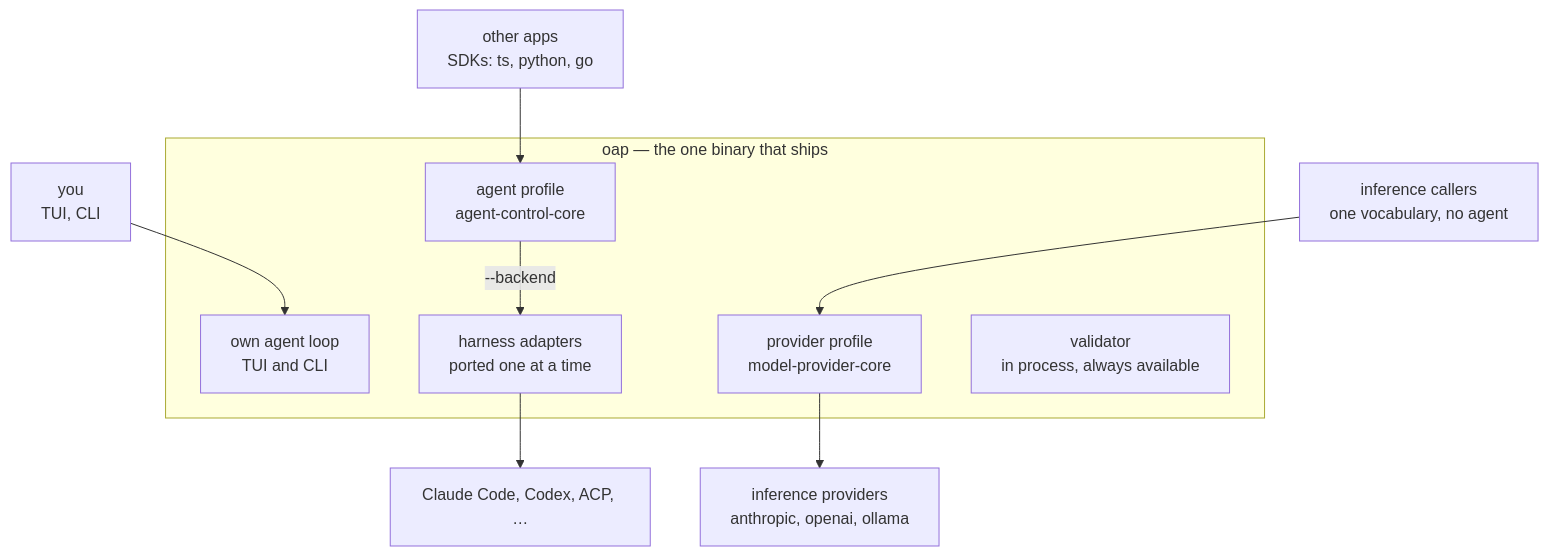
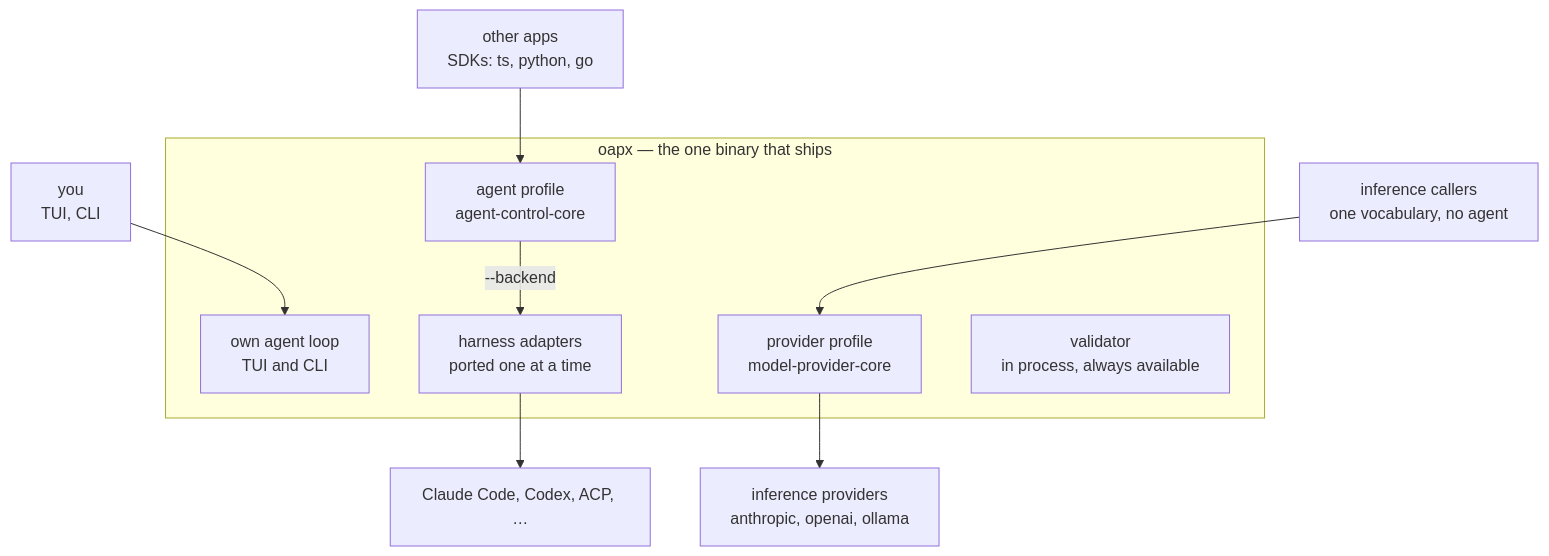
Before and after one commit to lsm/open-agent-protocol: the diagram in decisions/0019-one-binary.md, drawn with Mermaid. The commit also changed other lines of this file, not shown here.

First line of the commit message:
decisions: the unified binary is oapx

````diff
--- a/decisions/0019-one-binary.md
+++ b/decisions/0019-one-binary.md
@@ -33,24 +33,24 @@
 ```mermaid
 flowchart TB
   you["you<br/>TUI, CLI"]
   apps["other apps<br/>SDKs: ts, python, go"]
   callers["inference callers<br/>one vocabulary, no agent"]
 
-  subgraph oap["oap — the one binary that ships"]
+  subgraph oapx["oapx — the one binary that ships"]
     loop["own agent loop<br/>TUI and CLI"]
     agent["agent profile<br/>agent-control-core"]
     provider["provider profile<br/>model-provider-core"]
     adapters["harness adapters<br/>ported one at a time"]
     validator["validator<br/>in process, always available"]
   end
 
   vendors["inference providers<br/>anthropic, openai, ollama"]
   third["Claude Code, Codex, ACP, …"]
 
   you --> loop
   apps --> agent
   callers --> provider
   agent -- "--backend" --> adapters
   adapters --> third
   provider --> vendors
 ```
````
